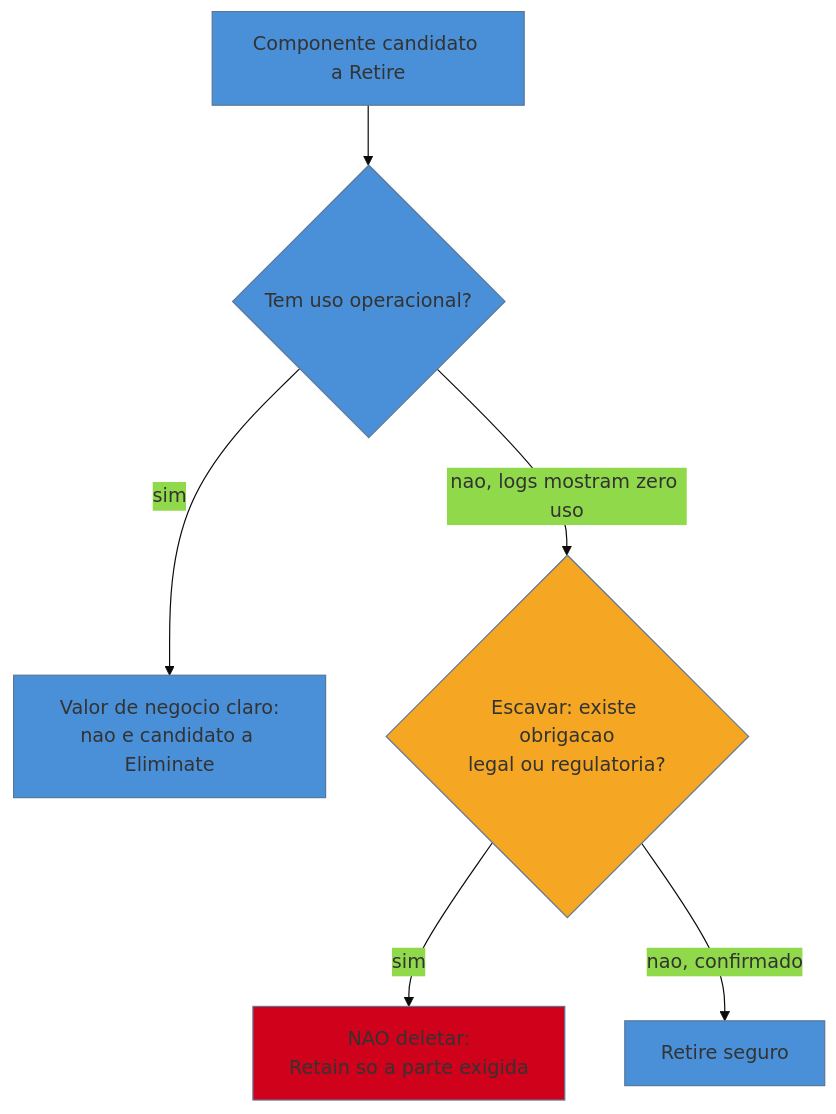
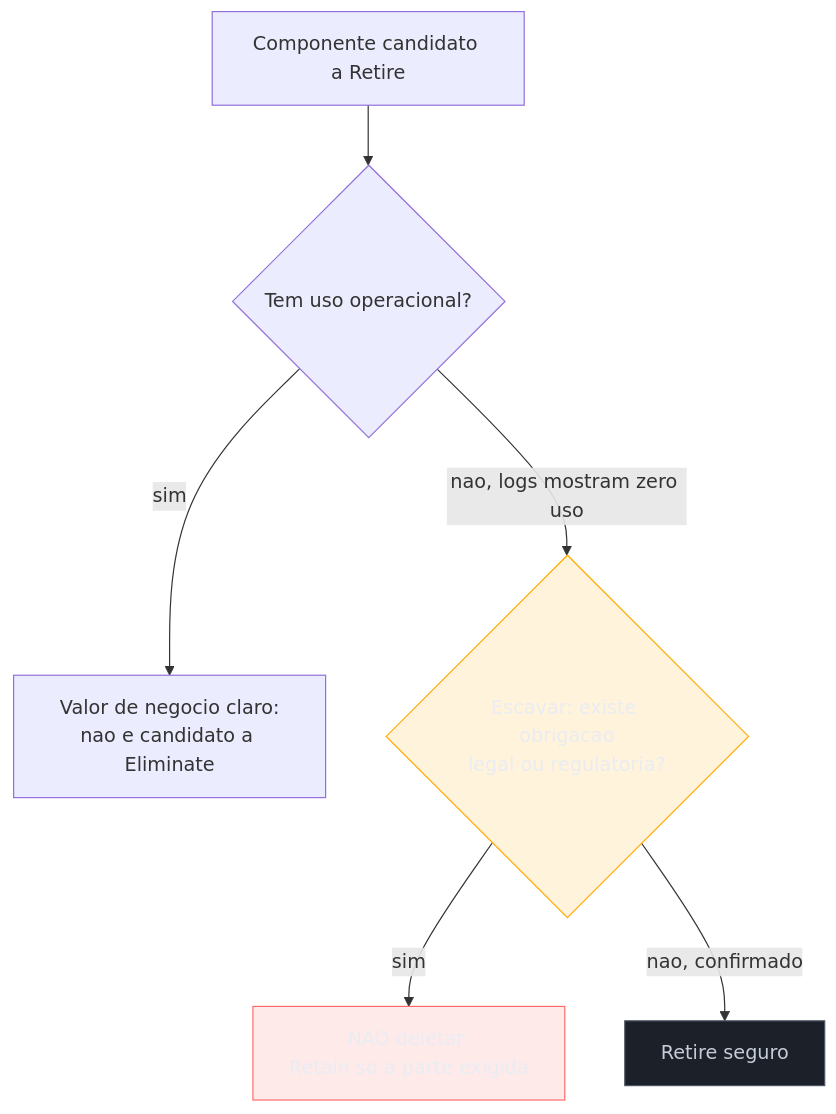
The first of 2 diagrams in 03-Dominios/Engenharia/Arqueologia e Restauração de Software/27 - Compliance e arqueologia legal.md (josenaldo/codex-technomanticus), drawn with Mermaid before and after one commit. The commit also changed other lines of this file and 1181 other files, not shown here.

First line of the commit message:
fix(diagramas): paleta do sistema no lugar de cor cravada no markdown

````diff
--- a/03-Dominios/Engenharia/Arqueologia e Restauração de Software/27 - Compliance e arqueologia legal.md
+++ b/03-Dominios/Engenharia/Arqueologia e Restauração de Software/27 - Compliance e arqueologia legal.md
@@ -27,12 +27,14 @@
 ```mermaid
-%%{init: {"theme": "base", "themeVariables": {"primaryColor": "#4A90D9"}}}%%
 graph TD
+    classDef destaque fill:#FFAA0024,stroke:#FFAA00,color:#E9ECF2
+    classDef falha fill:#FF6B6B24,stroke:#FF6B6B,color:#E9ECF2
+    classDef neutro fill:#1B2029,stroke:#4E5666,color:#C6CCD8
     A[Componente candidato a Retire] --> B{Tem uso operacional?}
     B -->|sim| C[Valor de negocio claro:<br/>nao e candidato a Eliminate]
     B -->|nao, logs mostram zero uso| D{Escavar: existe obrigacao<br/>legal ou regulatoria?}
     D -->|sim| E[NAO deletar:<br/>Retain so a parte exigida]
     D -->|nao, confirmado| F[Retire seguro]
-    style D fill:#F5A623
-    style E fill:#D0021B
-    style F fill:#4A90D9
+    class D destaque
+    class E falha
+    class F neutro
 ```
````
